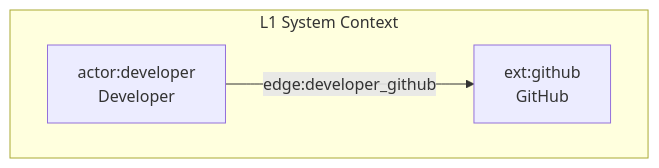
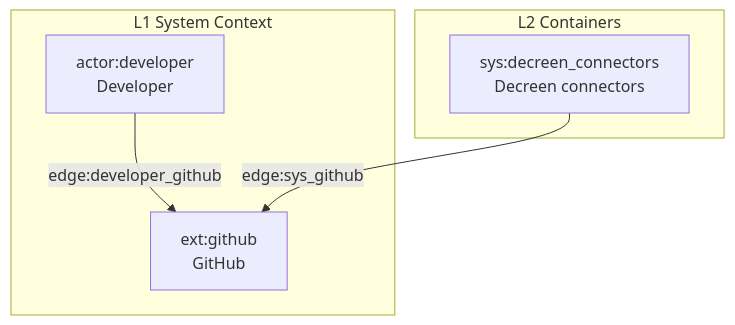
Before and after one commit to Decreen/decreen-connectors: the diagram in docs/c4-live.mermaid.md, drawn with Mermaid. The commit also changed 3 other files, not shown here.

````diff
--- a/docs/c4-live.mermaid.md
+++ b/docs/c4-live.mermaid.md
@@ -3,8 +3,12 @@
 ```mermaid
 flowchart TB
   subgraph L1["L1 System Context"]
     A_DEV["actor:developer\nDeveloper"]
     EXT_GH["ext:github\nGitHub"]
     A_DEV -->|"edge:developer_github"| EXT_GH
   end
+  subgraph L2["L2 Containers"]
+    SYS_DC["sys:decreen_connectors\nDecreen connectors"]
+    SYS_DC -->|"edge:sys_github"| EXT_GH
+  end
 ```
````
